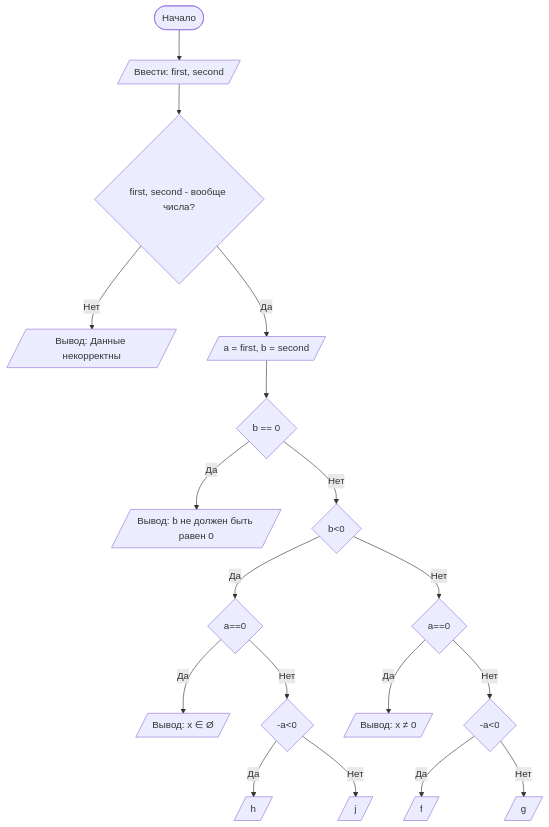
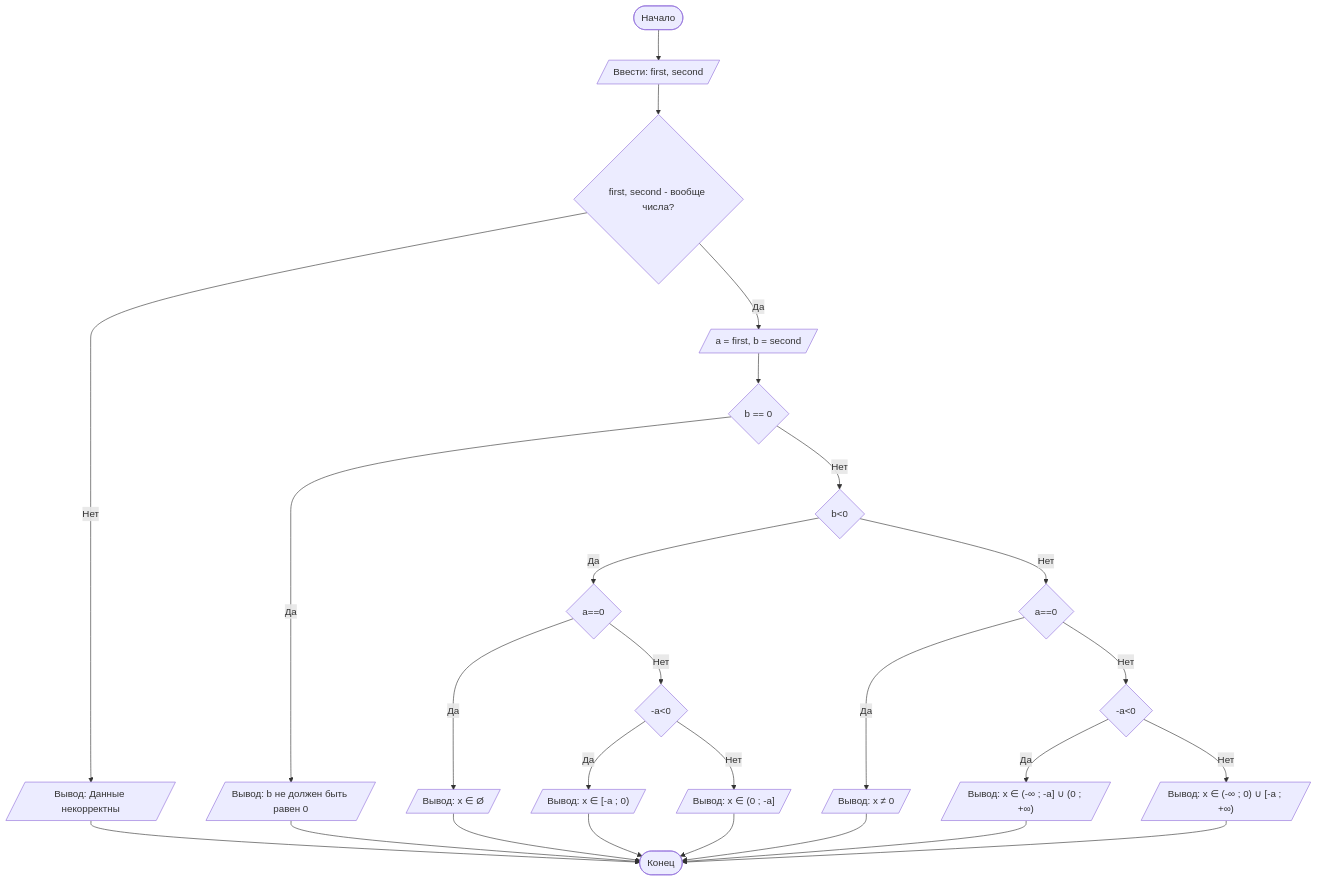
Before and after one commit to EDINDANDIL/Lab1: the diagram in README.md, drawn with Mermaid. The commit also changed other lines of this file, not shown here.

````diff
--- a/README.md
+++ b/README.md
@@ -112,27 +118,35 @@
 ```mermaid
 graph TD
     A([Начало]) --> B[/Ввести: first, second/]
     B --> C{first, second - вообще числа?}
     C -- Нет --> P[/Вывод: Данные некорректны/]
     C -- Да --> D[/a = first, b = second/]
     D --> F{b == 0}
     F -- Да --> O[/Вывод: b не должен быть равен 0/]
     F -- Нет --> M{b<0}
     M -- Да --> N{a==0}
     M -- Нет --> L{a==0}
     N -- Да --> N1[/Вывод: x ∈ Ø /]
     N -- Нет --> N2{-a<0}
     L -- Да --> L1[/Вывод: x ≠ 0/]
     L -- Нет --> L2{-a<0}
-    L2 -- Да --> E1[/f/]
-    L2 -- Нет --> E2[/g/]
-    N2 -- Да --> E3[/h/]
-    N2 -- Нет --> E4[/j/]
+    L2 -- Да --> E1[/"Вывод: x ∈ (-∞ ; -a] ∪ (0 ; +∞)"/]
+    L2 -- Нет --> E2[/"Вывод: x ∈ (-∞ ; 0) ∪ [-a ; +∞)"/]
+    N2 -- Да --> E3[/"Вывод: x ∈ [-a ; 0)"/]
+    N2 -- Нет --> E4[/"Вывод: x ∈ (0 ; -a]"/]
+    E2 --> Z
+    E3 --> Z
+    E4 --> Z
+    L1 --> Z
+    P --> Z
+    N1 --> Z
+    O --> Z
+    E1 --> Z([Конец])
     
 
     
 
   
    
 
 ```
````
